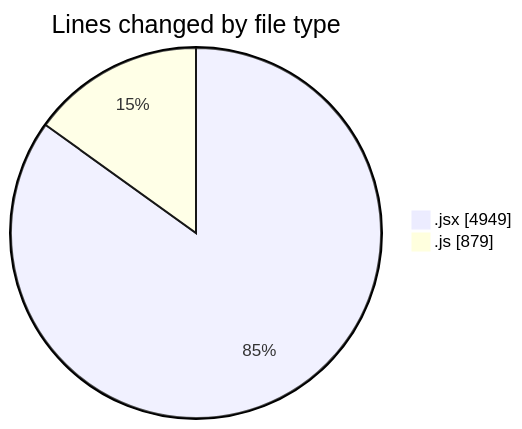
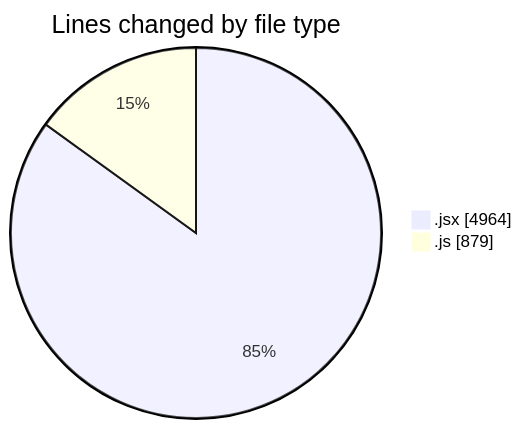
The first of 2 diagrams in 2025-07-21/nxtqube_webapp/README.md (nxtqubesakshisongat/code-tracking), drawn with Mermaid before and after one commit. The commit also changed other lines of this file and 1 other file, not shown here.

````diff
--- a/2025-07-21/nxtqube_webapp/README.md
+++ b/2025-07-21/nxtqube_webapp/README.md
@@ -28,6 +28,6 @@
 ```mermaid
 pie showData
 title Lines changed by file type
-".jsx" : 4949
+".jsx" : 4964
 ".js" : 879
 ```
````
